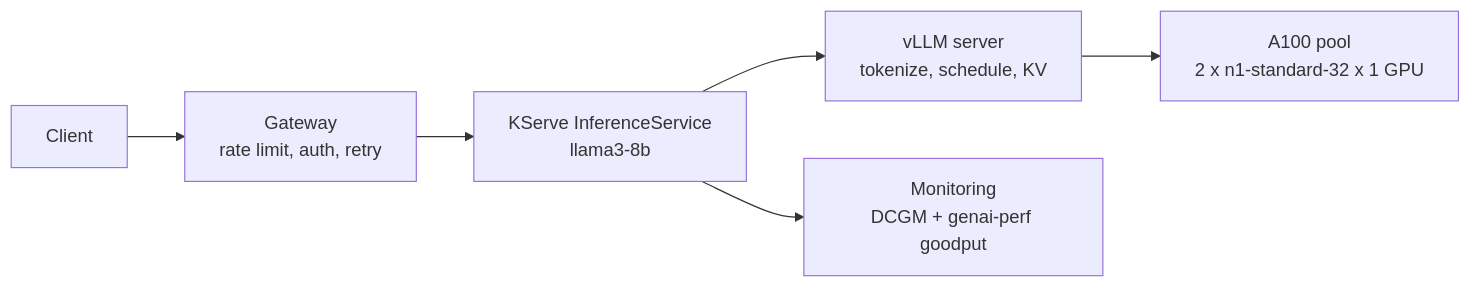
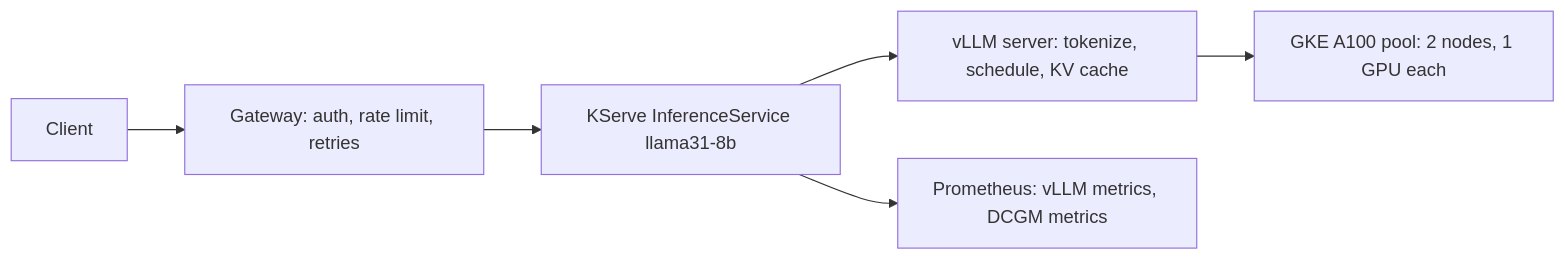
One commit to jithinpnjm/ai-infra-handbook changed the first of 2 diagrams in docs/part-19-capstone/03-capstone-inference-on-gke-with-vllm-triton-tensorrt-llm-nim-and-kserve.md. Above: the diagram before and after it, drawn with Mermaid. The commit also changed other lines of this file and 263 other files, not shown here.

````diff
--- a/docs/part-19-capstone/03-capstone-inference-on-gke-with-vllm-triton-tensorrt-llm-nim-and-kserve.md
+++ b/docs/part-19-capstone/03-capstone-inference-on-gke-with-vllm-triton-tensorrt-llm-nim-and-kserve.md
@@ -41,8 +60,8 @@
 ```mermaid
 flowchart LR
-    U["Client"] --> G["Gateway<br/>rate limit, auth, retry"]
-    G --> S["KServe InferenceService<br/>llama3-8b"]
-    S --> V["vLLM server<br/>tokenize, schedule, KV"]
-    V --> P["A100 pool<br/>2 x n1-standard-32 x 1 GPU"]
-    S --> M["Monitoring<br/>DCGM + genai-perf goodput"]
+    U["Client"] --> G["Gateway: auth, rate limit, retries"]
+    G --> K["KServe InferenceService llama31-8b"]
+    K --> V["vLLM server: tokenize, schedule, KV cache"]
+    V --> P["GKE A100 pool: 2 nodes, 1 GPU each"]
+    K --> M["Prometheus: vLLM metrics, DCGM metrics"]
 ```
````
